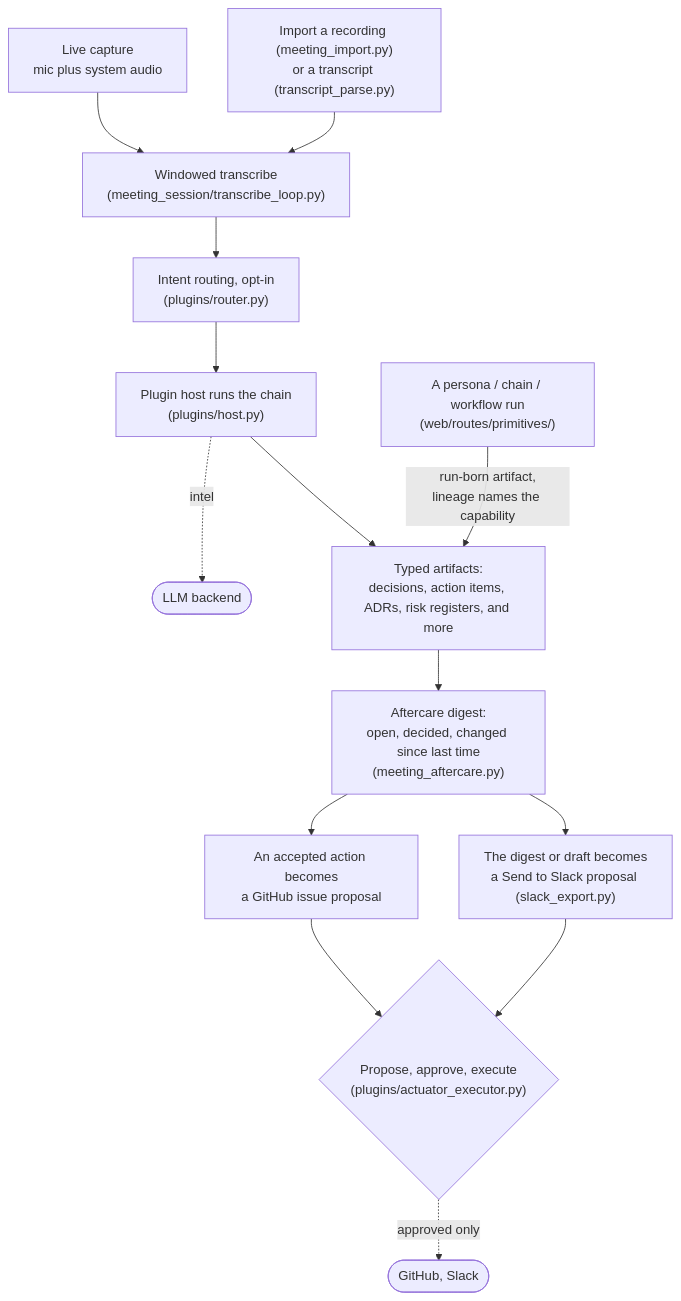
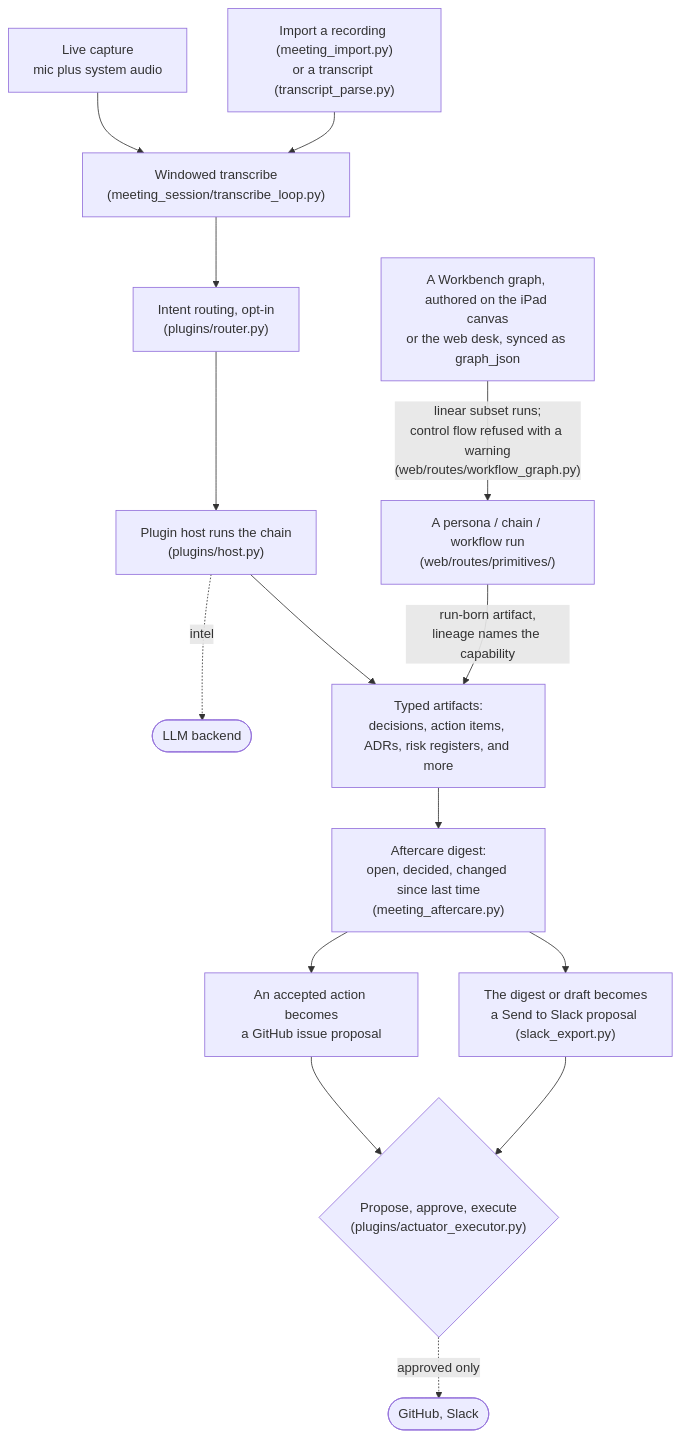
Before and after one commit to karolswdev/HoldSpeak: the sixth of 7 diagrams in docs/ARCHITECTURE.md, drawn with Mermaid. The commit also changed 13 other files, not shown here.

````diff
--- a/docs/ARCHITECTURE.md
+++ b/docs/ARCHITECTURE.md
@@ -258,17 +258,18 @@
 ```mermaid
 flowchart TD
   LIVE["Live capture<br/>mic plus system audio"] --> TRW
   IMP["Import a recording (meeting_import.py)<br/>or a transcript (transcript_parse.py)"] --> TRW
   TRW["Windowed transcribe<br/>(meeting_session/transcribe_loop.py)"] --> ROUTE
   ROUTE["Intent routing, opt-in<br/>(plugins/router.py)"] --> HOST
   HOST["Plugin host runs the chain<br/>(plugins/host.py)"]
   HOST -. "intel" .-> LLM(["LLM backend"])
   HOST --> ART["Typed artifacts:<br/>decisions, action items, ADRs, risk registers, and more"]
   RUNB["A persona / chain / workflow run<br/>(web/routes/primitives/)"] -- "run-born artifact,<br/>lineage names the capability" --> ART
+  GRAPH["A Workbench graph, authored on the iPad canvas<br/>or the web desk, synced as graph_json"] -- "linear subset runs;<br/>control flow refused with a warning<br/>(web/routes/workflow_graph.py)" --> RUNB
   ART --> AFT["Aftercare digest:<br/>open, decided, changed since last time<br/>(meeting_aftercare.py)"]
   AFT --> ISSUE["An accepted action becomes<br/>a GitHub issue proposal"]
   AFT --> SLACK["The digest or draft becomes<br/>a Send to Slack proposal (slack_export.py)"]
   ISSUE --> APV{"Propose, approve, execute<br/>(plugins/actuator_executor.py)"}
   SLACK --> APV
   APV -. "approved only" .-> EXT(["GitHub, Slack"])
 ```
````
